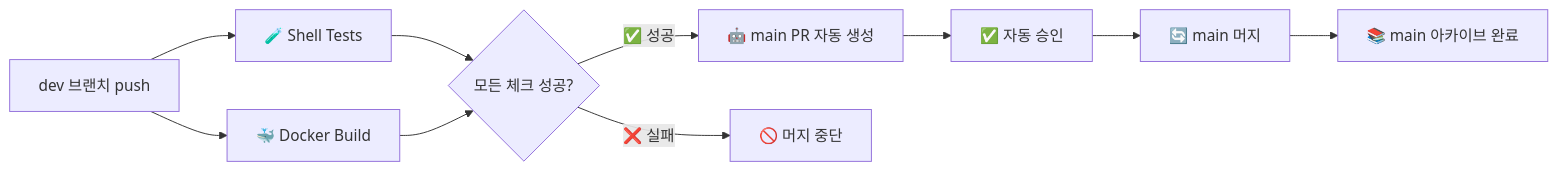
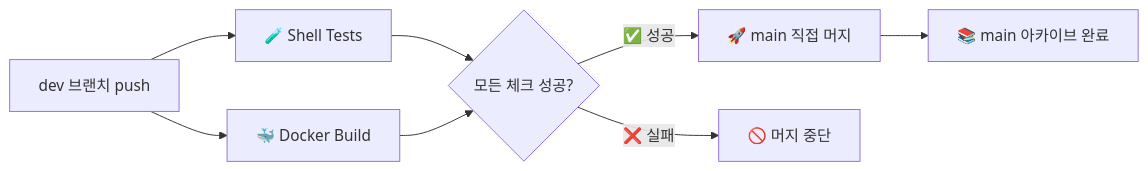
Before and after one commit to devcomfort/my-runpod-container: the diagram in docs/guides/pr-auto-merge.md, drawn with Mermaid. The commit also changed other lines of this file and 2 other files, not shown here.

````diff
--- a/docs/guides/pr-auto-merge.md
+++ b/docs/guides/pr-auto-merge.md
@@ -13,12 +13,10 @@
 ```mermaid
 graph LR
     A[dev 브랜치 push] --> B[🧪 Shell Tests]
     A --> C[🐳 Docker Build]
     B --> D{모든 체크 성공?}
     C --> D
-    D -->|✅ 성공| E[🤖 main PR 자동 생성]
+    D -->|✅ 성공| E[🚀 main 직접 머지]
     D -->|❌ 실패| F[🚫 머지 중단]
-    E --> G[✅ 자동 승인]
-    G --> H[🔄 main 머지]
-    H --> I[📚 main 아카이브 완료]
+    E --> G[📚 main 아카이브 완료]
 ```
````
